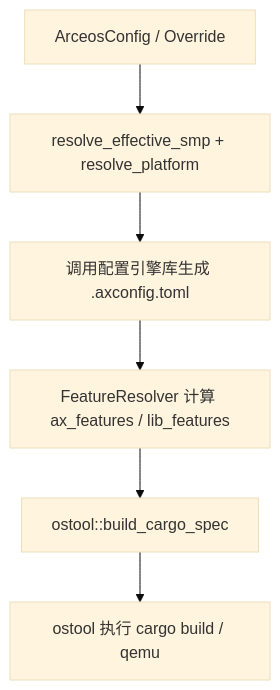
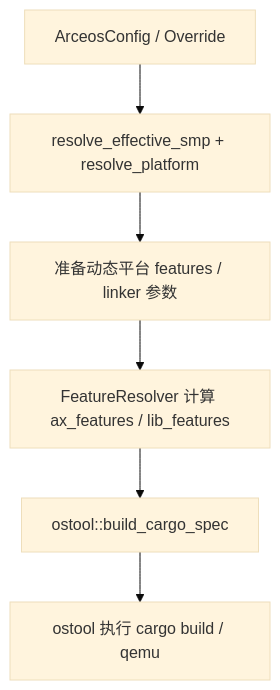
Before and after one commit to rcore-os/tgoskits: the first of 2 diagrams in docs/docs/components/crates/axbuild.md, drawn with Mermaid (base theme). The commit also changed other lines of this file and 204 other files, not shown here.

````diff
--- a/docs/docs/components/crates/axbuild.md
+++ b/docs/docs/components/crates/axbuild.md
@@ -24,8 +24,8 @@
 ```mermaid
 flowchart TD
     A["ArceosConfig / Override"] --> B["resolve_effective_smp + resolve_platform"]
-    B --> C["调用配置引擎库生成 .axconfig.toml"]
+    B --> C["准备动态平台 features / linker 参数"]
     C --> D["FeatureResolver 计算 ax_features / lib_features"]
     D --> E["ostool::build_cargo_spec"]
     E --> F["ostool 执行 cargo build / qemu"]
 ```
````
